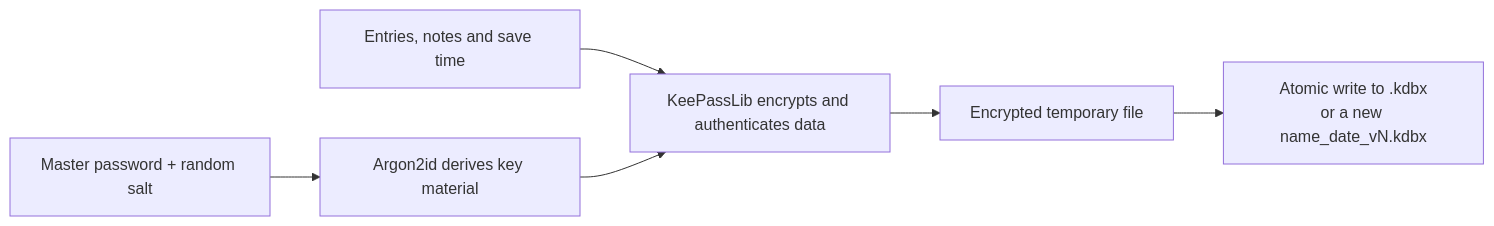
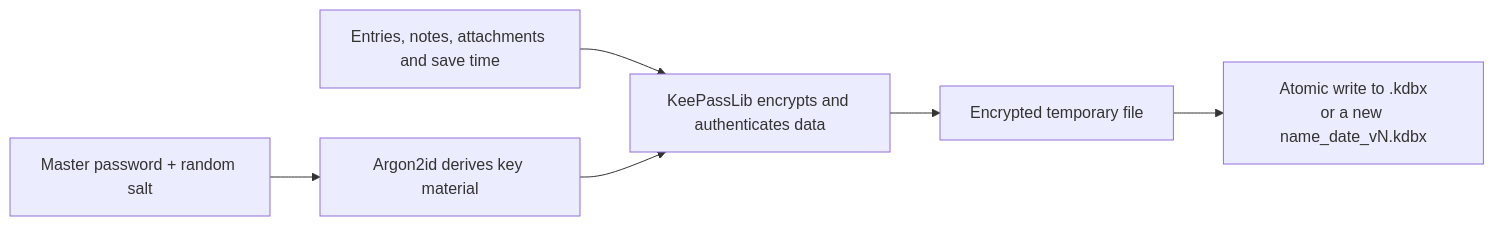
The first of 2 diagrams in README.md (dmakhazen/easy-pass-vault), drawn with Mermaid before and after one commit. The commit also changed other lines of this file and 34 other files, not shown here.

````diff
--- a/README.md
+++ b/README.md
@@ -17,8 +29,8 @@
 ```mermaid
 flowchart LR
     P["Master password + random salt"] --> K["Argon2id derives key material"]
-    D["Entries, notes and save time"] --> E["KeePassLib encrypts and authenticates data"]
+    D["Entries, notes, attachments and save time"] --> E["KeePassLib encrypts and authenticates data"]
     K --> E
     E --> T["Encrypted temporary file"]
     T --> F["Atomic write to .kdbx<br/>or a new name_date_vN.kdbx"]
 ```
````
